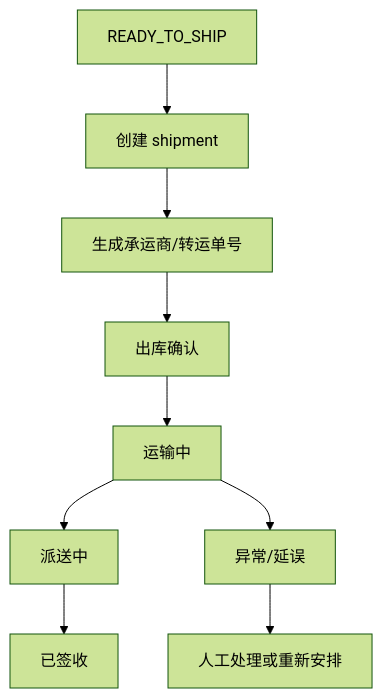
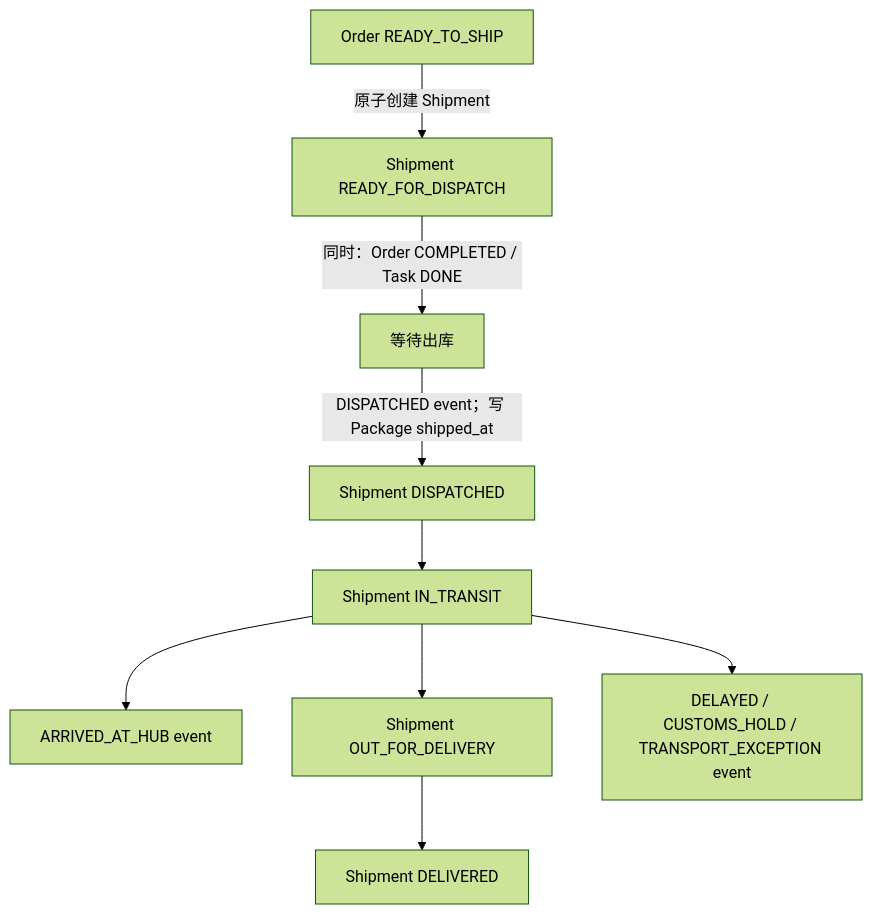
One commit to scottsux/TMS changed the fifth of 6 diagrams in FLOWS_DIAGRAMS.md. Above: the diagram before and after it, drawn with Mermaid (forest theme). The commit also changed other lines of this file and 4 other files, not shown here.

````diff
--- a/FLOWS_DIAGRAMS.md
+++ b/FLOWS_DIAGRAMS.md
@@ -135,11 +132,11 @@
 ```mermaid
 flowchart TD
-    A[READY_TO_SHIP] --> B[创建 shipment]
-    B --> C[生成承运商/转运单号]
-    C --> D[出库确认]
-    D --> E[运输中]
-    E --> F[派送中]
-    F --> G[已签收]
-    E --> X[异常/延误]
-    X --> Y[人工处理或重新安排]
+    A[Order READY_TO_SHIP] -->|原子创建 Shipment| B[Shipment READY_FOR_DISPATCH]
+    B -->|同时：Order COMPLETED / Task DONE| C[等待出库]
+    C -->|DISPATCHED event；写 Package shipped_at| D[Shipment DISPATCHED]
+    D --> E[Shipment IN_TRANSIT]
+    E --> F[ARRIVED_AT_HUB event]
+    E --> G[Shipment OUT_FOR_DELIVERY]
+    G --> H[Shipment DELIVERED]
+    E --> I[DELAYED / CUSTOMS_HOLD / TRANSPORT_EXCEPTION event]
 ```
````
